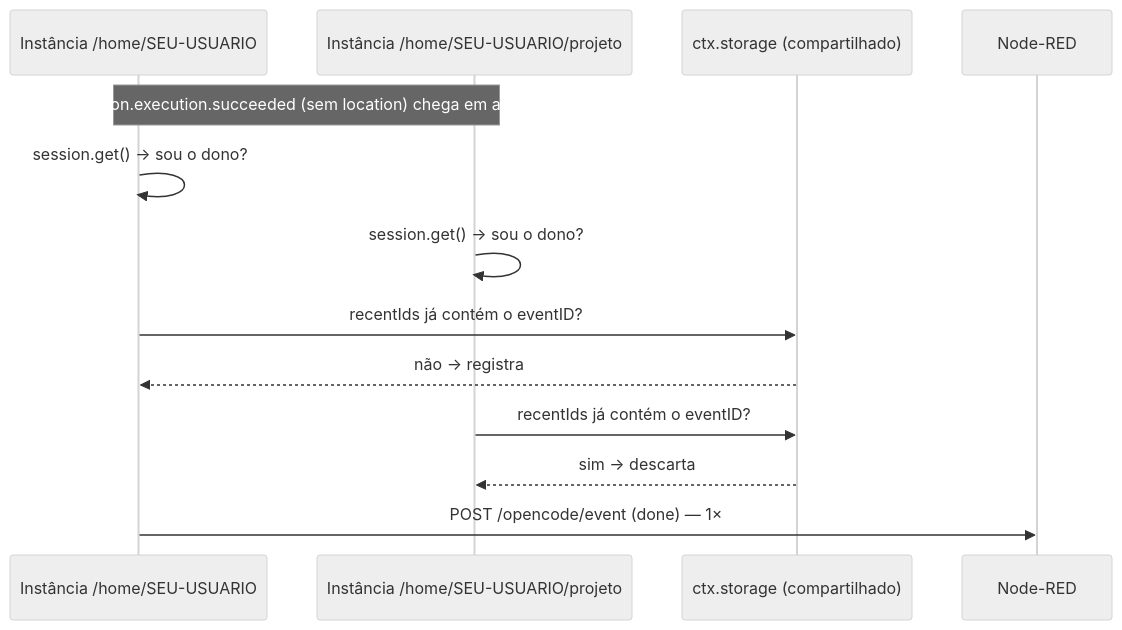
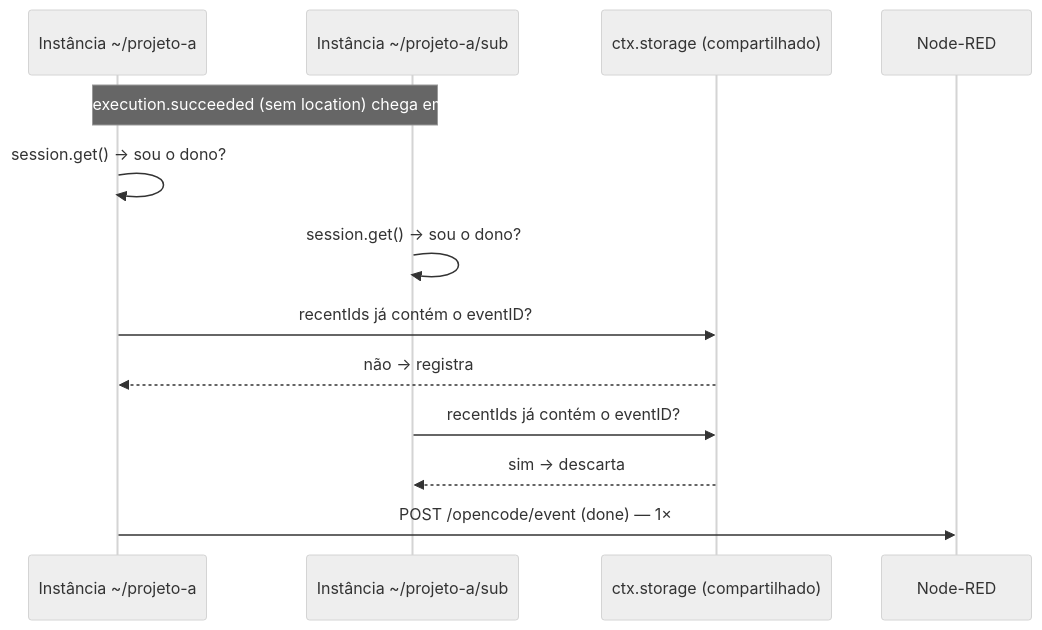
Before and after one commit to Brook-sys/notify-opencode: the second of 2 diagrams in docs/arquitetura.md, drawn with Mermaid (neutral theme). The commit also changed 13 other files, not shown here.

````diff
--- a/docs/arquitetura.md
+++ b/docs/arquitetura.md
@@ -71,16 +71,16 @@
 ```mermaid
 sequenceDiagram
-    participant S1 as Instância /home/SEU-USUARIO
-    participant S2 as Instância /home/SEU-USUARIO/projeto
+    participant S1 as Instância ~/projeto-a
+    participant S2 as Instância ~/projeto-a/sub
     participant ST as ctx.storage (compartilhado)
     participant NR as Node-RED
 
     Note over S1,S2: session.execution.succeeded (sem location) chega em ambas
     S1->>S1: session.get() → sou o dono?
     S2->>S2: session.get() → sou o dono?
     S1->>ST: recentIds já contém o eventID?
     ST-->>S1: não → registra
     S2->>ST: recentIds já contém o eventID?
     ST-->>S2: sim → descarta
     S1->>NR: POST /opencode/event (done) — 1×
 ```
````
